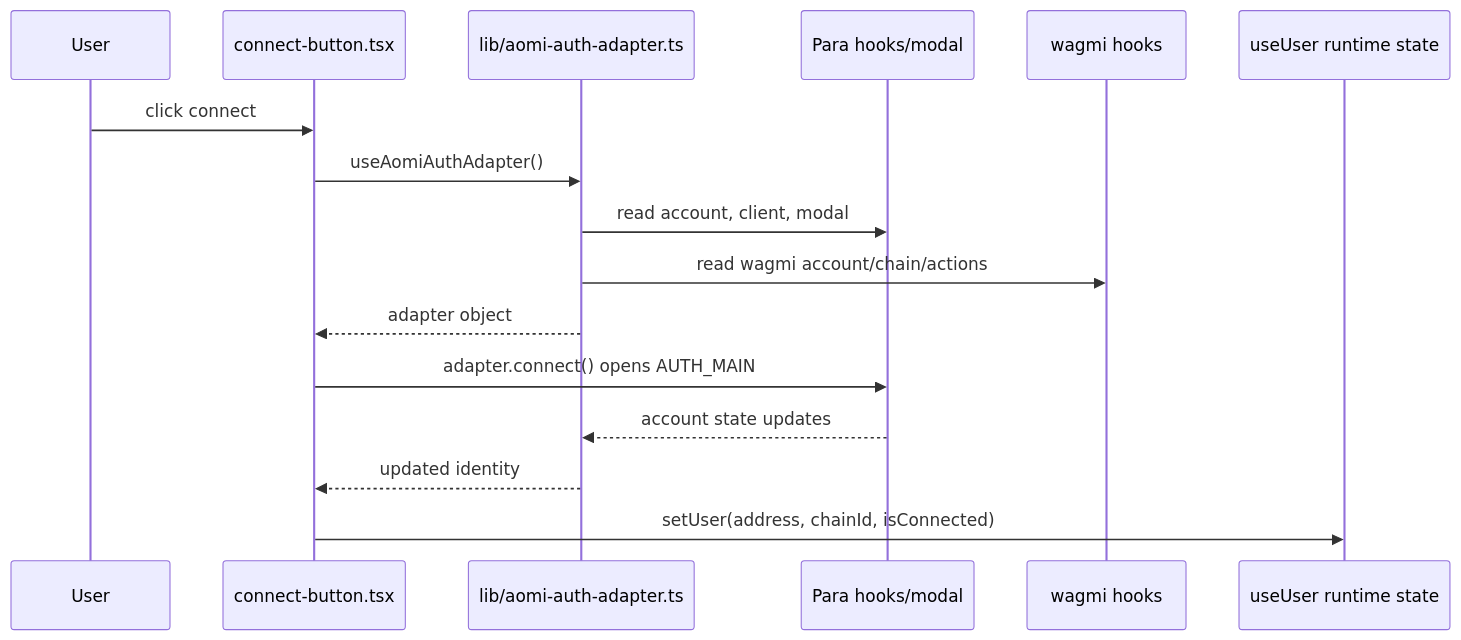
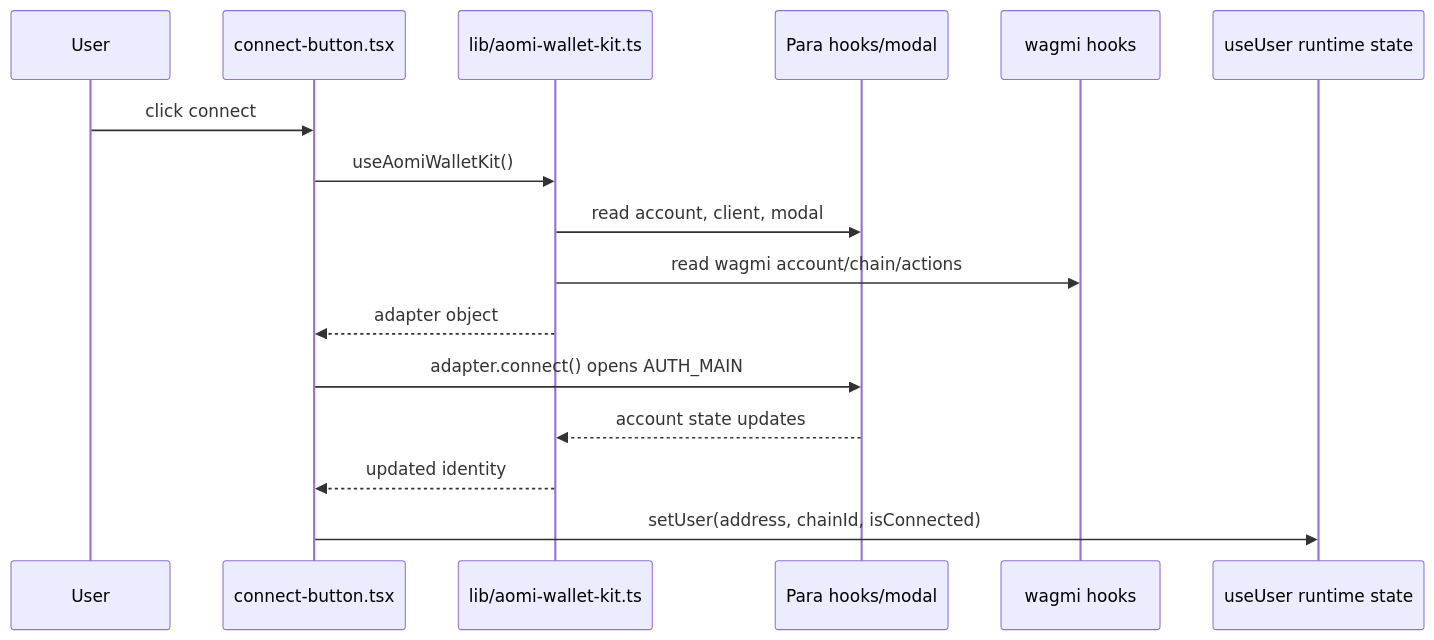
One commit to aomi-labs/aomi-widget changed the fourth of 24 diagrams in specs/WALLET-ADAPTERS-ARCH.md. Above: the diagram before and after it, drawn with Mermaid. The commit also changed other lines of this file and 200 other files, not shown here.

````diff
--- a/specs/WALLET-ADAPTERS-ARCH.md
+++ b/specs/WALLET-ADAPTERS-ARCH.md
@@ -429,19 +429,19 @@
 ```mermaid
 sequenceDiagram
   participant User
   participant CB as connect-button.tsx
-  participant Legacy as lib/aomi-auth-adapter.ts
+  participant Legacy as lib/aomi-wallet-kit.ts
   participant Para as Para hooks/modal
   participant Wagmi as wagmi hooks
   participant UserCtx as useUser runtime state
 
   User->>CB: click connect
-  CB->>Legacy: useAomiAuthAdapter()
+  CB->>Legacy: useAomiWalletKit()
   Legacy->>Para: read account, client, modal
   Legacy->>Wagmi: read wagmi account/chain/actions
   Legacy-->>CB: adapter object
   CB->>Para: adapter.connect() opens AUTH_MAIN
   Para-->>Legacy: account state updates
   Legacy-->>CB: updated identity
   CB->>UserCtx: setUser(address, chainId, isConnected)
 ```
````
